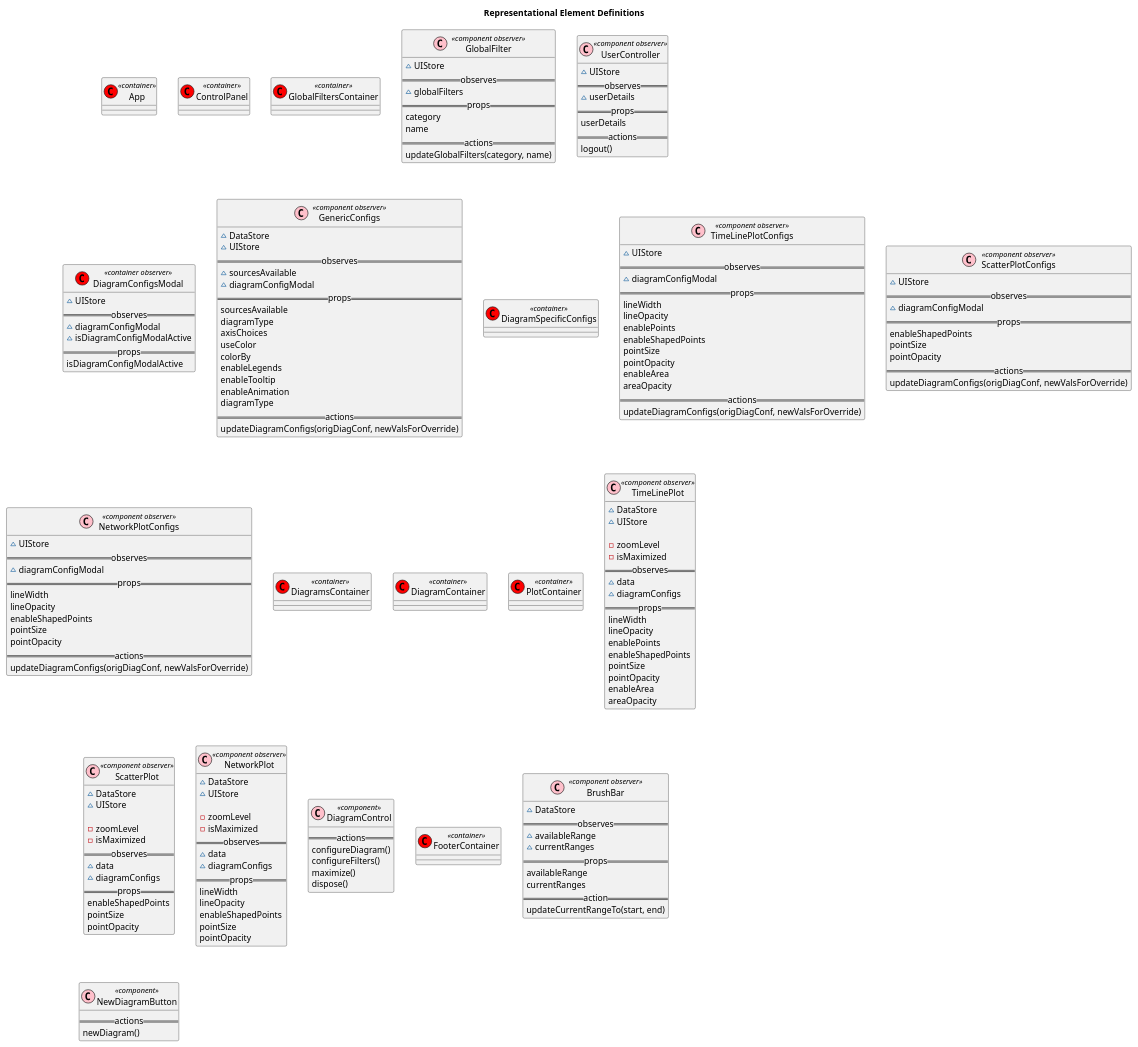
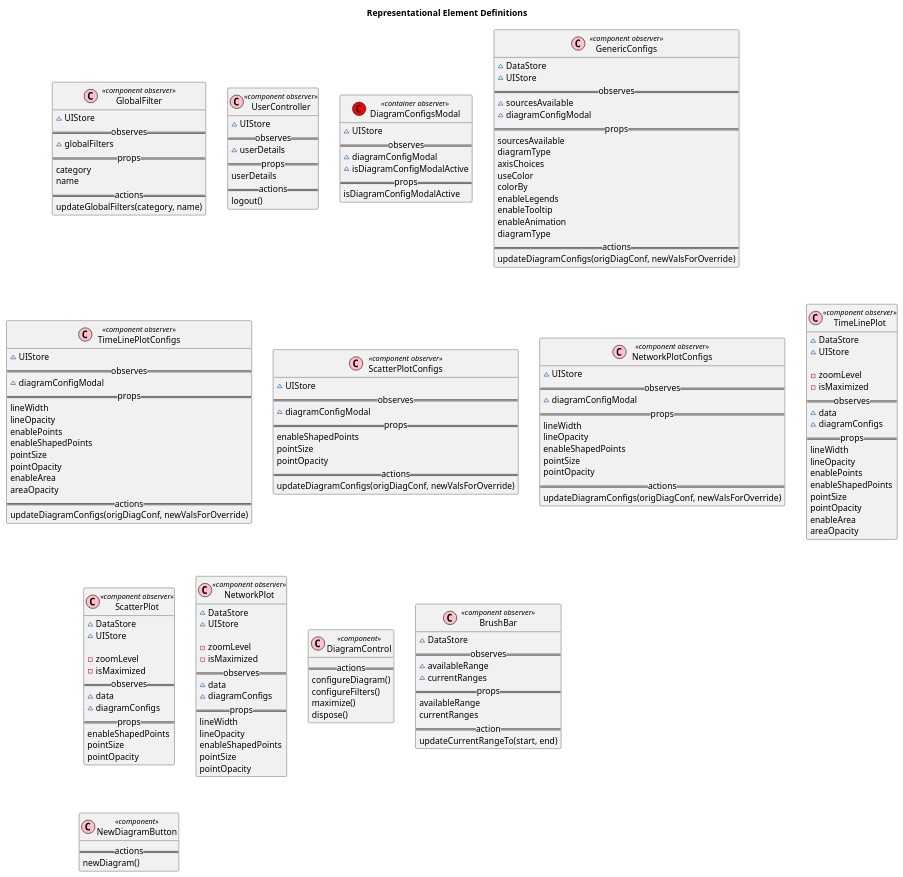
The diagram in docs/diagrams/src/componentDefs.wsd (hexrcs/frontend-demo), drawn with PlantUML before and after one commit.

Commit message:
Remove non-representational container components

```diff
--- a/docs/diagrams/src/componentDefs.wsd
+++ b/docs/diagrams/src/componentDefs.wsd
@@ -1,198 +1,174 @@
 @startuml
 title Representational Element Definitions
-
-class App << (C,red) container >> {
-}
-
-class ControlPanel << (C,red) container >> {
-}
-
-class GlobalFiltersContainer << (C,red) container >> {
-}
 
 class GlobalFilter << (C,pink) component observer >> {
   ~ UIStore
   ==observes==
   ~ globalFilters
   ==props==
   category
   name
   ==actions==
   updateGlobalFilters(category, name)
 }
 
 class UserController << (C,pink) component observer >> {
   ~ UIStore
   ==observes==
   ~ userDetails
   ==props==
   userDetails
   ==actions==
   logout()
 }
 
 class DiagramConfigsModal << (C,red) container observer >> {
   ~ UIStore
   ==observes==
   ~ diagramConfigModal
   ~ isDiagramConfigModalActive
   ==props==
   isDiagramConfigModalActive
 }
 
 class GenericConfigs << (C,pink) component observer >> {
   ~ DataStore
   ~ UIStore
   ==observes==
   ~ sourcesAvailable
   ~ diagramConfigModal
   ==props==
   sourcesAvailable
   diagramType
   axisChoices
   useColor
   colorBy
   enableLegends
   enableTooltip
   enableAnimation
   diagramType
   ==actions==
   updateDiagramConfigs(origDiagConf, newValsForOverride)
 }
 
-class DiagramSpecificConfigs << (C,red) container >> {
-}
-
 class TimeLinePlotConfigs  << (C,pink) component observer >> {
   ~ UIStore
   ==observes==
   ~ diagramConfigModal
   ==props==
   lineWidth
   lineOpacity
   enablePoints
   enableShapedPoints
   pointSize
   pointOpacity
   enableArea
   areaOpacity
   ==actions==
   updateDiagramConfigs(origDiagConf, newValsForOverride)
 }
 
 class ScatterPlotConfigs  << (C,pink) component observer >> {
   ~ UIStore
   ==observes==
   ~ diagramConfigModal
   ==props==
   enableShapedPoints
   pointSize
   pointOpacity
   ==actions==
   updateDiagramConfigs(origDiagConf, newValsForOverride)
 }
 
 class NetworkPlotConfigs  << (C,pink) component observer >> {
   ~ UIStore
   ==observes==
   ~ diagramConfigModal
   ==props==
   lineWidth
   lineOpacity
   enableShapedPoints
   pointSize
   pointOpacity
   ==actions==
   updateDiagramConfigs(origDiagConf, newValsForOverride)
-}
-
-class DiagramsContainer << (C,red) container >> {
-}
-
-class DiagramContainer << (C,red) container >> {
-}
-
-class PlotContainer << (C,red) container >> {
 }
 
 class TimeLinePlot  << (C,pink) component observer >> {
   ~ DataStore
   ~ UIStore
 
   - zoomLevel
   - isMaximized
   ==observes==
   ~ data
   ~ diagramConfigs
   ==props==
   lineWidth
   lineOpacity
   enablePoints
   enableShapedPoints
   pointSize
   pointOpacity
   enableArea
   areaOpacity
 }
 
 class ScatterPlot  << (C,pink) component observer >> {
   ~ DataStore
   ~ UIStore
 
   - zoomLevel
   - isMaximized
   ==observes==
   ~ data
   ~ diagramConfigs
   ==props==
   enableShapedPoints
   pointSize
   pointOpacity
 }
 
 class NetworkPlot  << (C,pink) component observer >> {
   ~ DataStore
   ~ UIStore
 
   - zoomLevel
   - isMaximized
   ==observes==
   ~ data
   ~ diagramConfigs
   ==props==
   lineWidth
   lineOpacity
   enableShapedPoints
   pointSize
   pointOpacity
 }
 
 class DiagramControl << (C,pink) component >> {
   ==actions==
   configureDiagram()
   configureFilters()
   maximize()
   dispose()
 }
 
-class FooterContainer << (C,red) container >> {
-}
-
 class BrushBar << (C,pink) component observer >> {
   ~ DataStore
   ==observes==
   ~ availableRange
   ~ currentRanges
   ==props==
   availableRange
   currentRanges
   ==action==
   updateCurrentRangeTo(start, end)
 }
 
 class NewDiagramButton << (C,pink) component >> {
   ==actions==
   newDiagram()
 }
 
 @enduml
```
